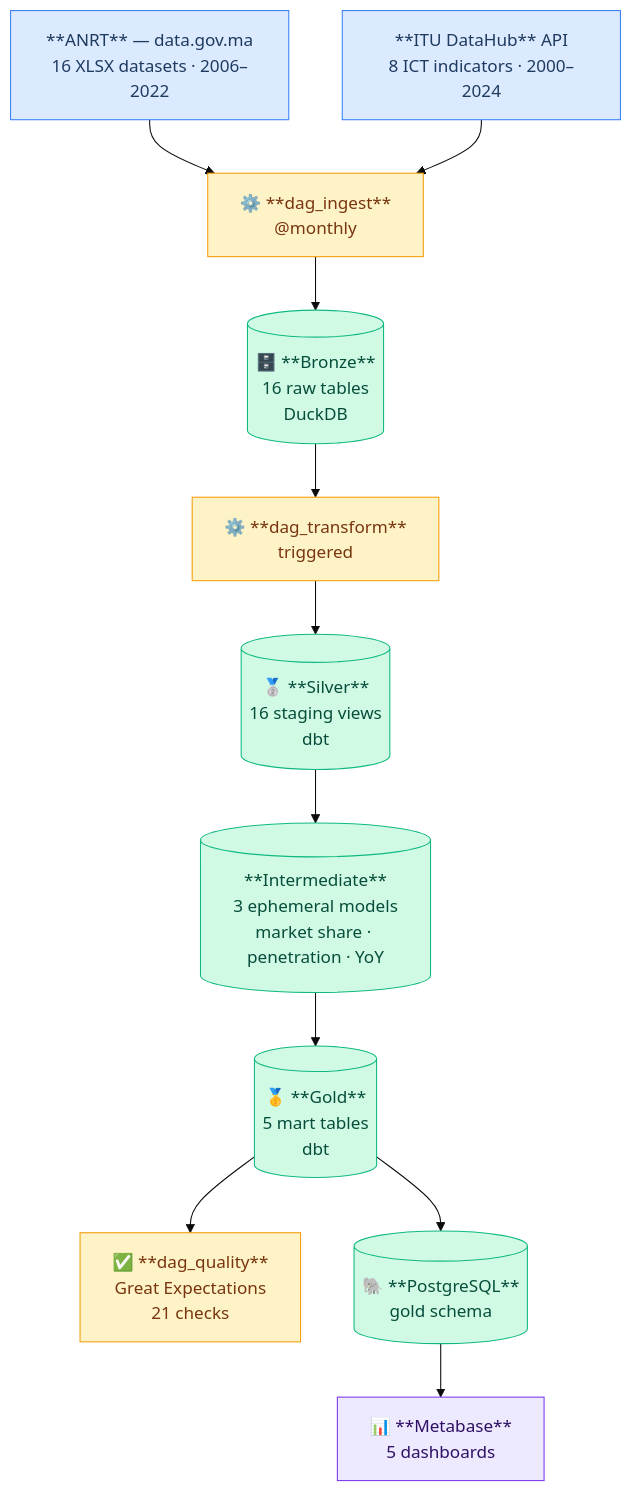
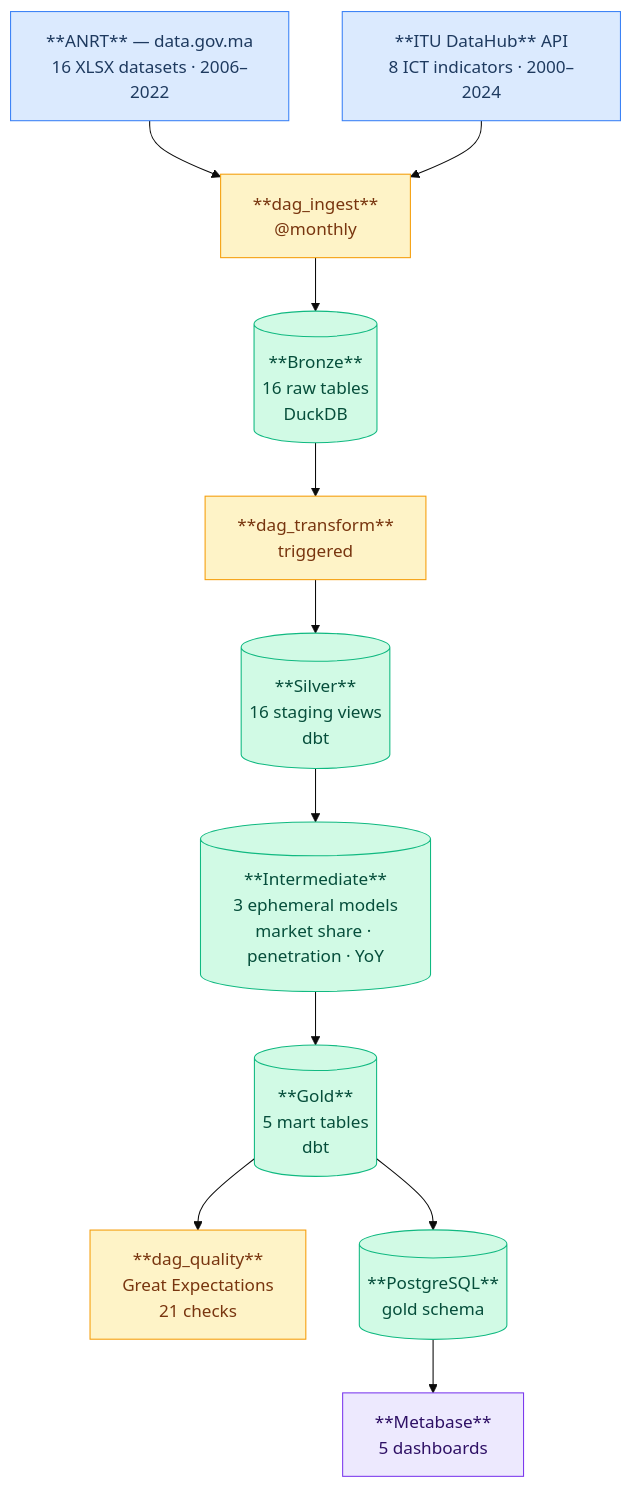
One commit to SouhailBourhim/Moroccan-Telecom-Analytics changed the diagram in README.md. Above: the diagram before and after it, drawn with Mermaid (base theme).

Commit message:
README updated

````diff
--- a/README.md
+++ b/README.md
@@ -9,29 +9,29 @@
 ```mermaid
 flowchart TD
     A["**ANRT** — data.gov.ma\n16 XLSX datasets · 2006–2022"]:::source --> DI
     B["**ITU DataHub** API\n8 ICT indicators · 2000–2024"]:::source --> DI
 
-    DI["⚙️ **dag_ingest**\n@monthly"]:::dag --> BRZ
+    DI["**dag_ingest**\n@monthly"]:::dag --> BRZ
 
-    BRZ[("🗄️ **Bronze**\n16 raw tables\nDuckDB")]:::layer --> DT
+    BRZ[("**Bronze**\n16 raw tables\nDuckDB")]:::layer --> DT
 
-    DT["⚙️ **dag_transform**\ntriggered"]:::dag --> SLV
+    DT["**dag_transform**\ntriggered"]:::dag --> SLV
 
-    SLV[("🥈 **Silver**\n16 staging views\ndbt")]:::layer --> INT
+    SLV[("**Silver**\n16 staging views\ndbt")]:::layer --> INT
 
     INT[("**Intermediate**\n3 ephemeral models\nmarket share · penetration · YoY")]:::layer --> GLD
 
-    GLD[("🥇 **Gold**\n5 mart tables\ndbt")]:::layer --> DQ
+    GLD[("**Gold**\n5 mart tables\ndbt")]:::layer --> DQ
     GLD --> PG
 
-    DQ["✅ **dag_quality**\nGreat Expectations\n21 checks"]:::dag
+    DQ["**dag_quality**\nGreat Expectations\n21 checks"]:::dag
 
-    PG[("🐘 **PostgreSQL**\ngold schema")]:::layer --> MB
+    PG[("**PostgreSQL**\ngold schema")]:::layer --> MB
 
-    MB["📊 **Metabase**\n5 dashboards"]:::viz
+    MB["**Metabase**\n5 dashboards"]:::viz
 
     classDef source fill:#dbeafe,stroke:#3b82f6,color:#1e3a5f
     classDef dag fill:#fef3c7,stroke:#f59e0b,color:#78350f
     classDef layer fill:#d1fae5,stroke:#10b981,color:#064e3b
     classDef viz fill:#ede9fe,stroke:#7c3aed,color:#2e1065
 ```
````
